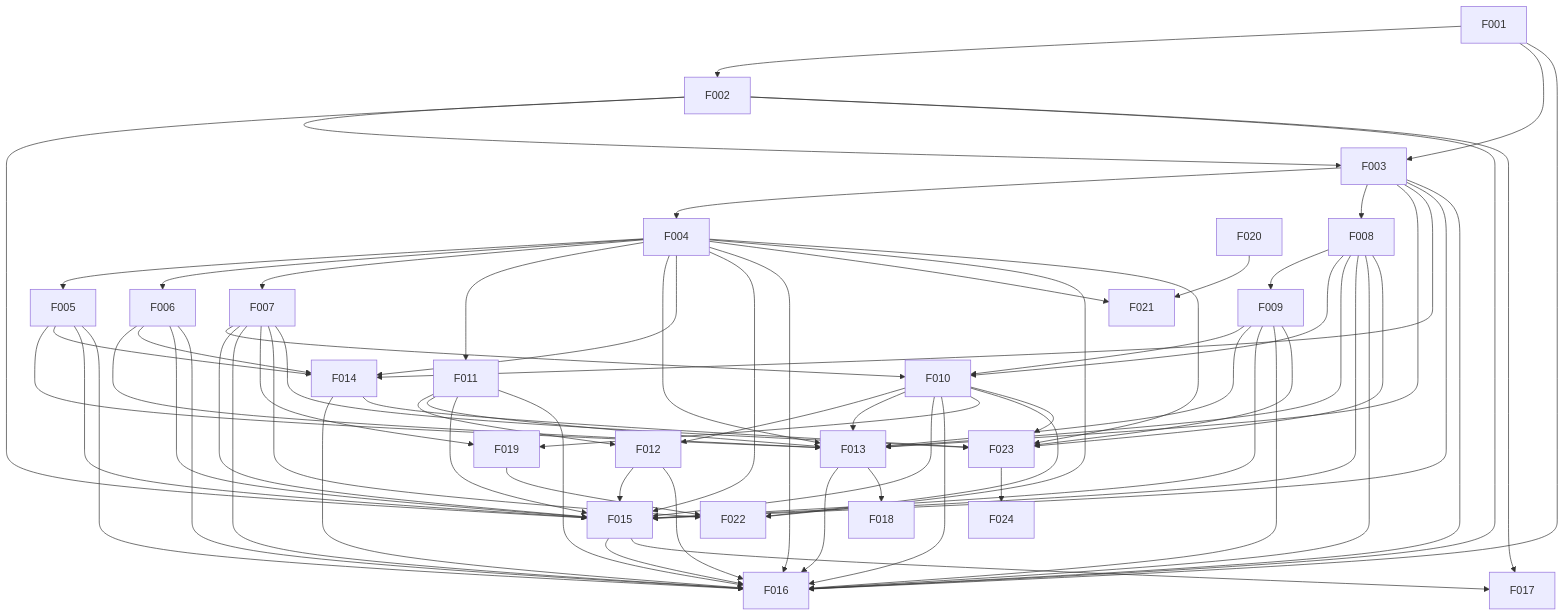
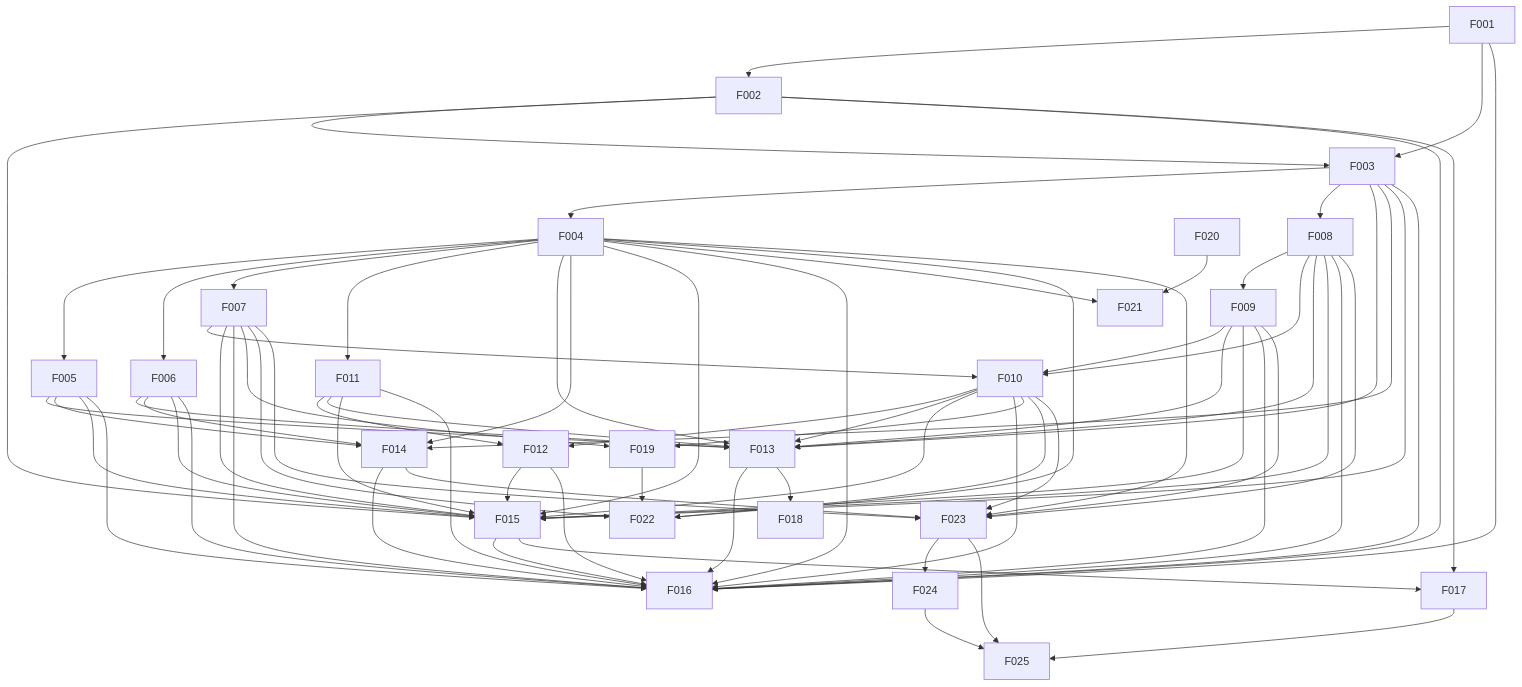
The diagram in docs/project/dependency-map.md (47oo/csm), drawn with Mermaid before and after one commit. The commit also changed other lines of this file and 5 other files, not shown here.

````diff
--- a/docs/project/dependency-map.md
+++ b/docs/project/dependency-map.md
@@ -32,6 +32,7 @@
     n21["F022"]
     n22["F023"]
     n23["F024"]
+    n24["F025"]
     n0 --> n1
     n0 --> n2
     n1 --> n2
@@ -103,4 +104,7 @@
     n9 --> n22
     n13 --> n22
     n22 --> n23
+    n16 --> n24
+    n22 --> n24
+    n23 --> n24
 ```
````
